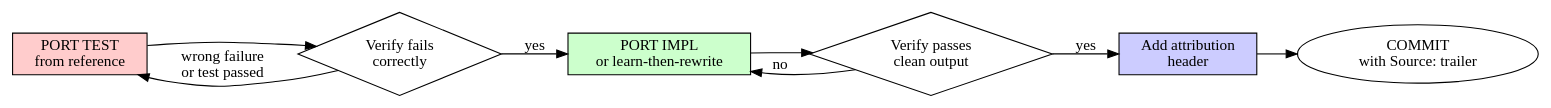
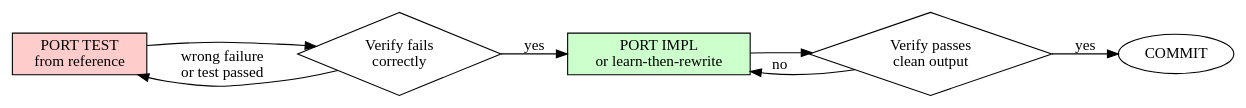
The diagram in skills/equivalence-tdd/SKILL.md (duongnghia222/code-distilling), drawn with Graphviz before and after one commit. The commit also changed other lines of this file and 16 other files, not shown here.

````diff
--- a/skills/equivalence-tdd/SKILL.md
+++ b/skills/equivalence-tdd/SKILL.md
@@ -41,19 +41,17 @@
 ```dot
 digraph equivalence_tdd {
     rankdir=LR;
     test [label="PORT TEST\nfrom reference", shape=box, style=filled, fillcolor="#ffcccc"];
     verify_fail [label="Verify fails\ncorrectly", shape=diamond];
     impl [label="PORT IMPL\nor learn-then-rewrite", shape=box, style=filled, fillcolor="#ccffcc"];
     verify_pass [label="Verify passes\nclean output", shape=diamond];
-    header [label="Add attribution\nheader", shape=box, style=filled, fillcolor="#ccccff"];
-    commit [label="COMMIT\nwith Source: trailer", shape=ellipse];
+    commit [label="COMMIT", shape=ellipse];
 
     test -> verify_fail;
     verify_fail -> impl [label="yes"];
     verify_fail -> test [label="wrong failure\nor test passed"];
     impl -> verify_pass;
-    verify_pass -> header [label="yes"];
+    verify_pass -> commit [label="yes"];
     verify_pass -> impl [label="no"];
-    header -> commit;
 }
 ```
````
